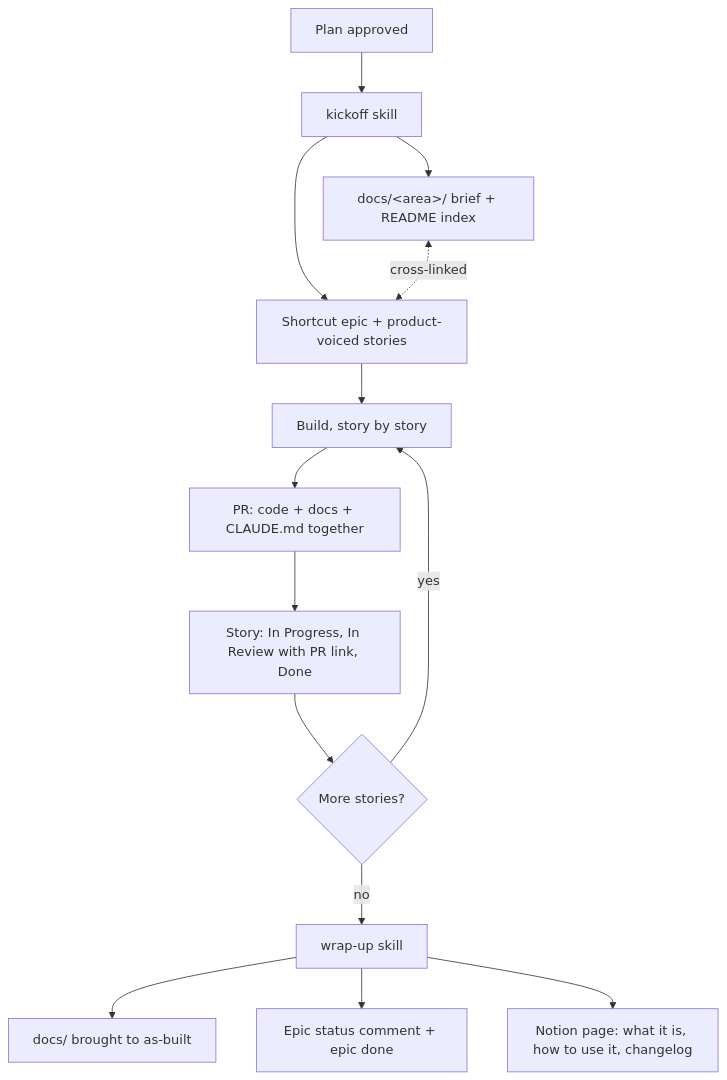
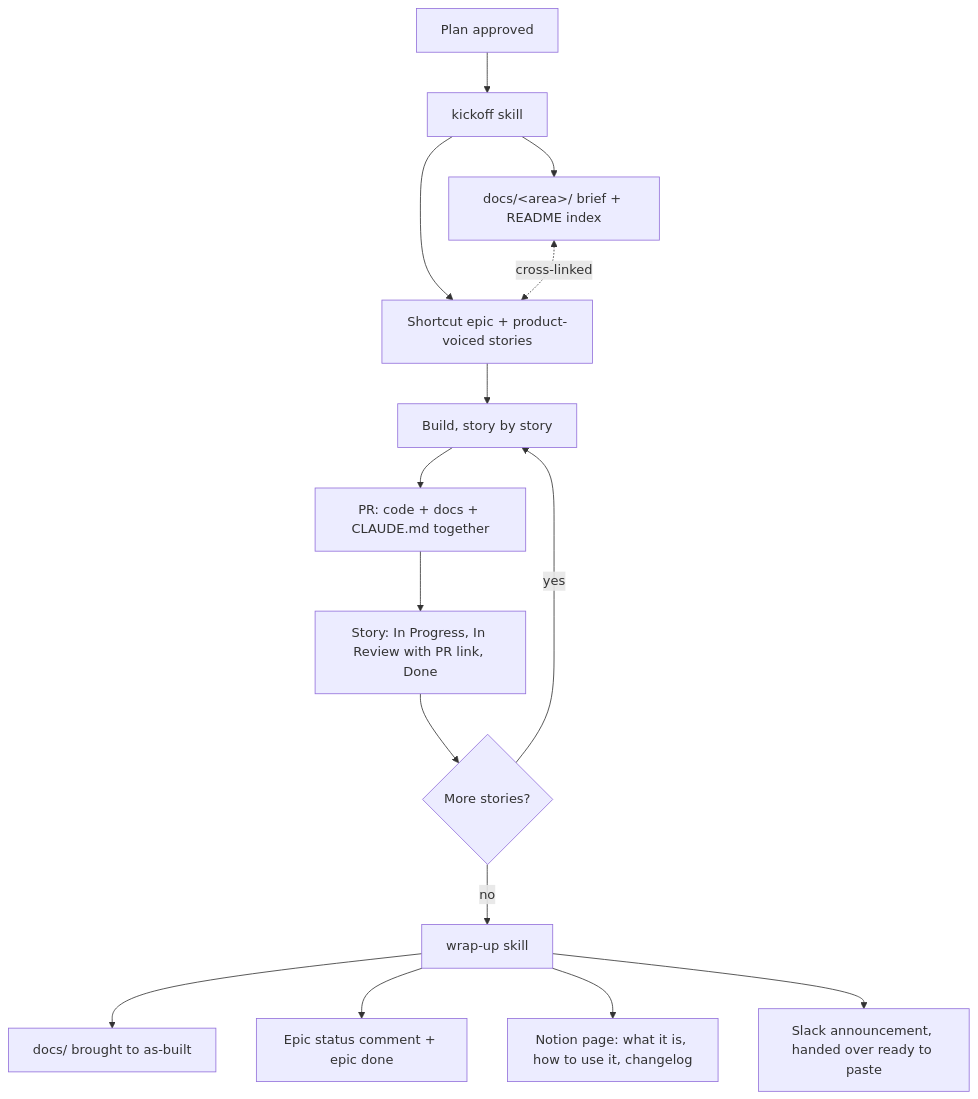
One commit to Joice-Health/Joice changed the diagram in docs/workflow/01-team-visibility.md. Above: the diagram before and after it, drawn with Mermaid. The commit also changed other lines of this file and 2 other files, not shown here.

First line of the commit message:
Wrap-up ends with a Slack announcement, handed over ready to paste

````diff
--- a/docs/workflow/01-team-visibility.md
+++ b/docs/workflow/01-team-visibility.md
@@ -23,16 +23,17 @@
 ```mermaid
 flowchart TD
     plan[Plan approved] --> kickoff[kickoff skill]
     kickoff --> docs["docs/&lt;area&gt;/ brief + README index"]
     kickoff --> epic[Shortcut epic + product-voiced stories]
     docs <-. cross-linked .-> epic
     epic --> build[Build, story by story]
     build --> pr["PR: code + docs + CLAUDE.md together"]
     pr --> states[Story: In Progress, In Review with PR link, Done]
     states --> more{More stories?}
     more -- yes --> build
     more -- no --> wrap[wrap-up skill]
     wrap --> asbuilt[docs/ brought to as-built]
     wrap --> comment[Epic status comment + epic done]
     wrap --> notion[Notion page: what it is, how to use it, changelog]
+    wrap --> slack[Slack announcement, handed over ready to paste]
 ```
````
